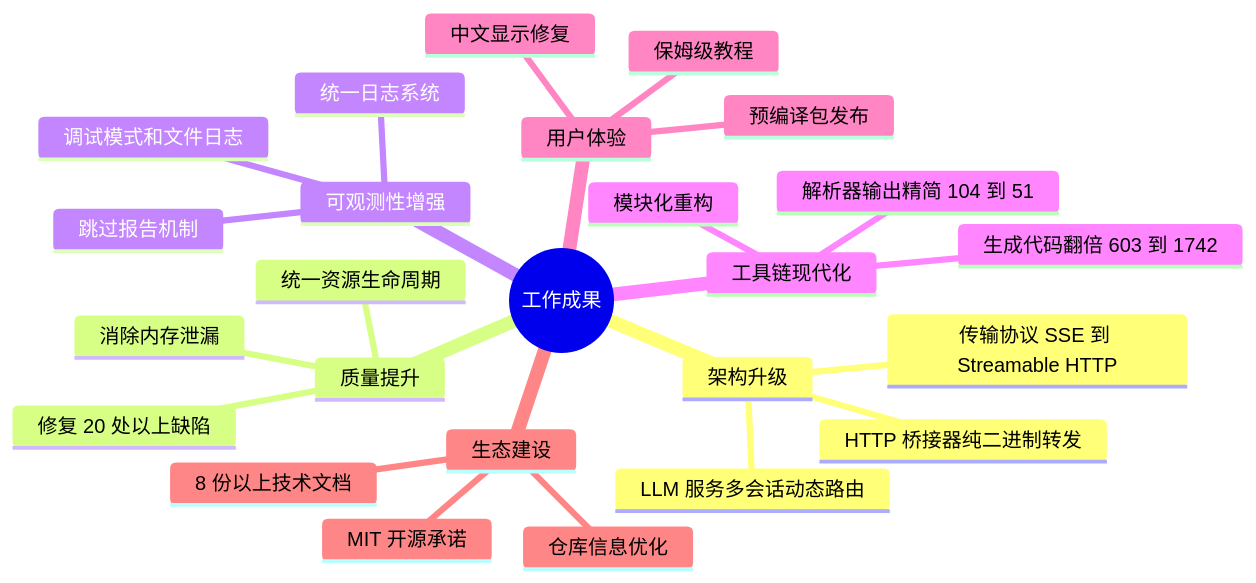
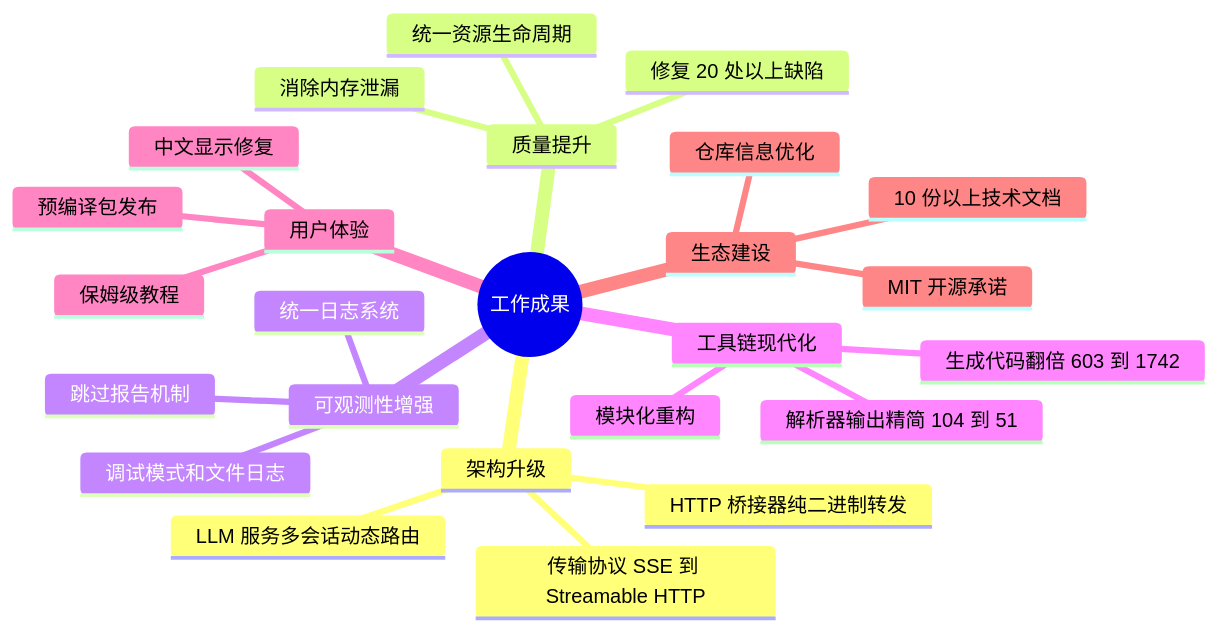
Diagram 16 of 16 in LingoFuse_Python_Binding_Migration_Record.md (PassByYou888/LingoFuse-pasAgent), drawn with Mermaid before and after one commit. The commit also changed other lines of this file and 33 other files, not shown here.

````diff
--- a/LingoFuse_Python_Binding_Migration_Record.md
+++ b/LingoFuse_Python_Binding_Migration_Record.md
@@ -705,28 +761,28 @@
 ```mermaid
 mindmap
   root(("工作成果"))
     架构升级
       LLM 服务多会话动态路由
       HTTP 桥接器纯二进制转发
       传输协议 SSE 到 Streamable HTTP
     质量提升
       修复 20 处以上缺陷
       消除内存泄漏
       统一资源生命周期
     可观测性增强
       统一日志系统
       调试模式和文件日志
       跳过报告机制
     工具链现代化
       解析器输出精简 104 到 51
       生成代码翻倍 603 到 1742
       模块化重构
     用户体验
       预编译包发布
       保姆级教程
       中文显示修复
     生态建设
-      8 份以上技术文档
+      10 份以上技术文档
       仓库信息优化
       MIT 开源承诺
 ```
````
